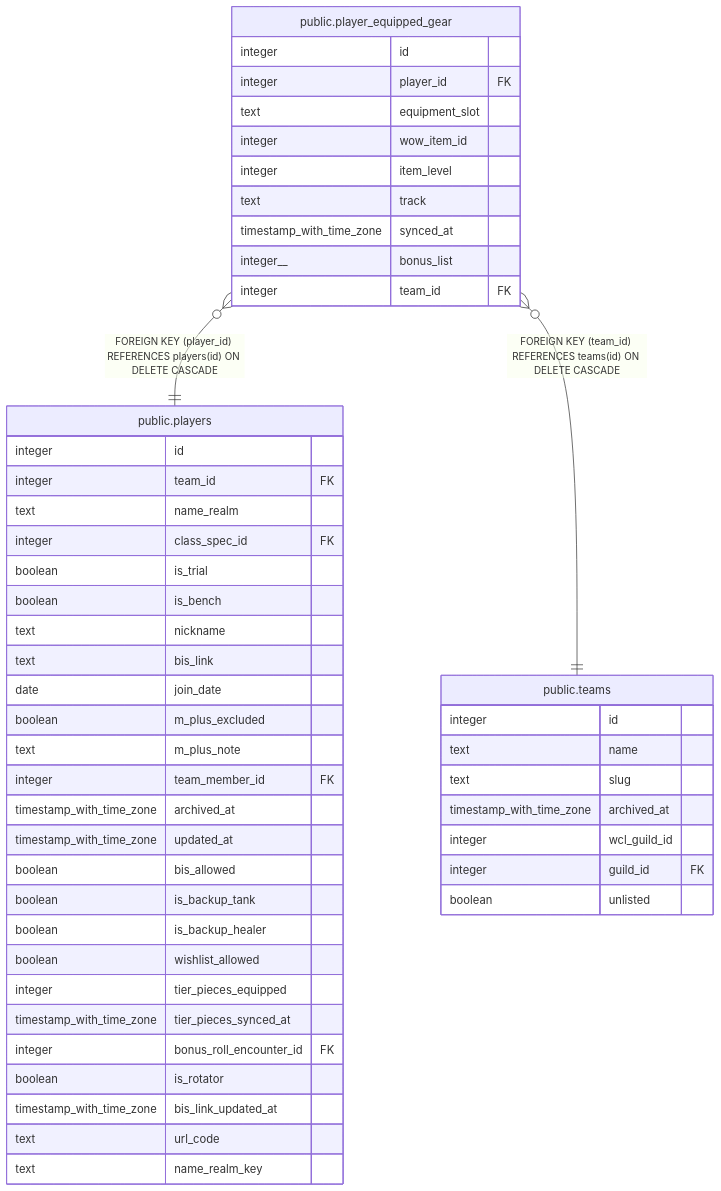
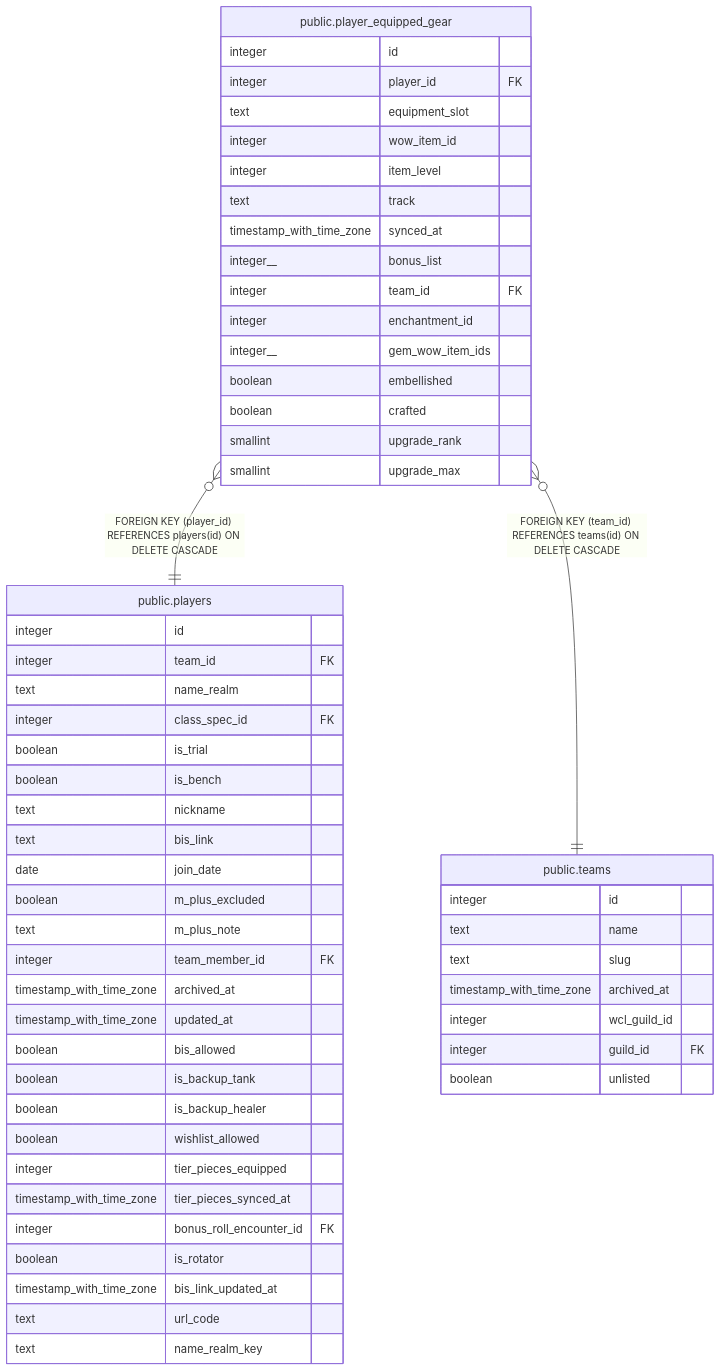
The diagram in dbdoc/public.player_equipped_gear.md (katogaming88/WGA-Raid-Hub), drawn with Mermaid before and after one commit. The commit also changed other lines of this file and 22 other files, not shown here.

````diff
--- a/dbdoc/public.player_equipped_gear.md
+++ b/dbdoc/public.player_equipped_gear.md
@@ -45,54 +55,60 @@
 ```mermaid
 erDiagram
 
 "public.player_equipped_gear" }o--|| "public.players" : "FOREIGN KEY (player_id) REFERENCES players(id) ON DELETE CASCADE"
 "public.player_equipped_gear" }o--|| "public.teams" : "FOREIGN KEY (team_id) REFERENCES teams(id) ON DELETE CASCADE"
 
 "public.player_equipped_gear" {
   integer id
   integer player_id FK
   text equipment_slot
   integer wow_item_id
   integer item_level
   text track
   timestamp_with_time_zone synced_at
   integer__ bonus_list
   integer team_id FK
+  integer enchantment_id
+  integer__ gem_wow_item_ids
+  boolean embellished
+  boolean crafted
+  smallint upgrade_rank
+  smallint upgrade_max
 }
 "public.players" {
   integer id
   integer team_id FK
   text name_realm
   integer class_spec_id FK
   boolean is_trial
   boolean is_bench
   text nickname
   text bis_link
   date join_date
   boolean m_plus_excluded
   text m_plus_note
   integer team_member_id FK
   timestamp_with_time_zone archived_at
   timestamp_with_time_zone updated_at
   boolean bis_allowed
   boolean is_backup_tank
   boolean is_backup_healer
   boolean wishlist_allowed
   integer tier_pieces_equipped
   timestamp_with_time_zone tier_pieces_synced_at
   integer bonus_roll_encounter_id FK
   boolean is_rotator
   timestamp_with_time_zone bis_link_updated_at
   text url_code
   text name_realm_key
 }
 "public.teams" {
   integer id
   text name
   text slug
   timestamp_with_time_zone archived_at
   integer wcl_guild_id
   integer guild_id FK
   boolean unlisted
 }
 ```
````
